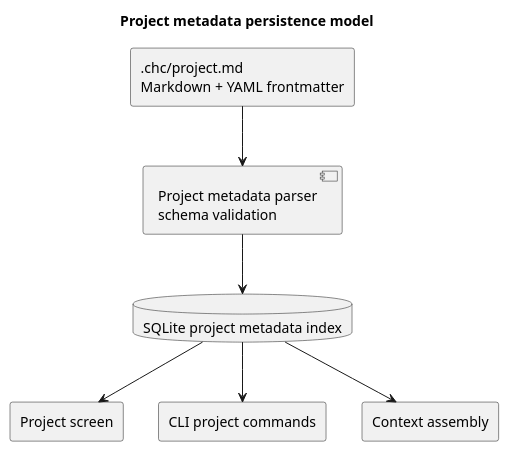
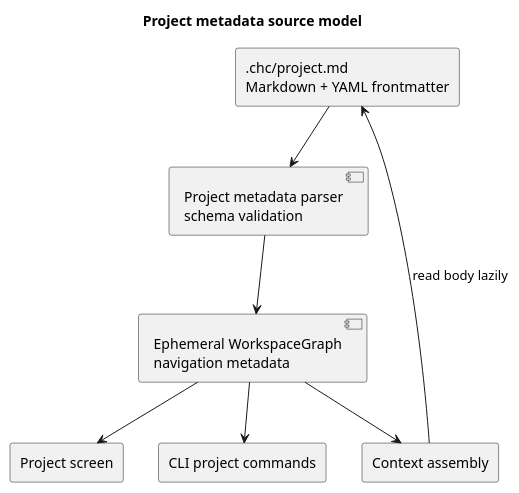
One commit to adrianpk/chr changed the first of 3 diagrams in .prj/specs/specs/tui-project-tab.md. Above: the diagram before and after it, drawn with PlantUML. The commit also changed other lines of this file and 2 other files, not shown here.

Commit message:
docs(workspace): define markdown-only project cases contract

````diff
--- a/.prj/specs/specs/tui-project-tab.md
+++ b/.prj/specs/specs/tui-project-tab.md
@@ -118,19 +118,20 @@
 ```plantuml
 @startuml
-title Project metadata persistence model
+title Project metadata source model
 
 rectangle ".chc/project.md\nMarkdown + YAML frontmatter" as File
 component "Project metadata parser\nschema validation" as Parser
-database "SQLite project metadata index" as DB
+component "Ephemeral WorkspaceGraph\nnavigation metadata" as Graph
 rectangle "Project screen" as UI
 rectangle "CLI project commands" as CLI
 rectangle "Context assembly" as Context
 
 File --> Parser
-Parser --> DB
-DB --> UI
-DB --> CLI
-DB --> Context
+Parser --> Graph
+Graph --> UI
+Graph --> CLI
+Graph --> Context
+Context --> File : read body lazily
 
 @enduml
 ```
````
